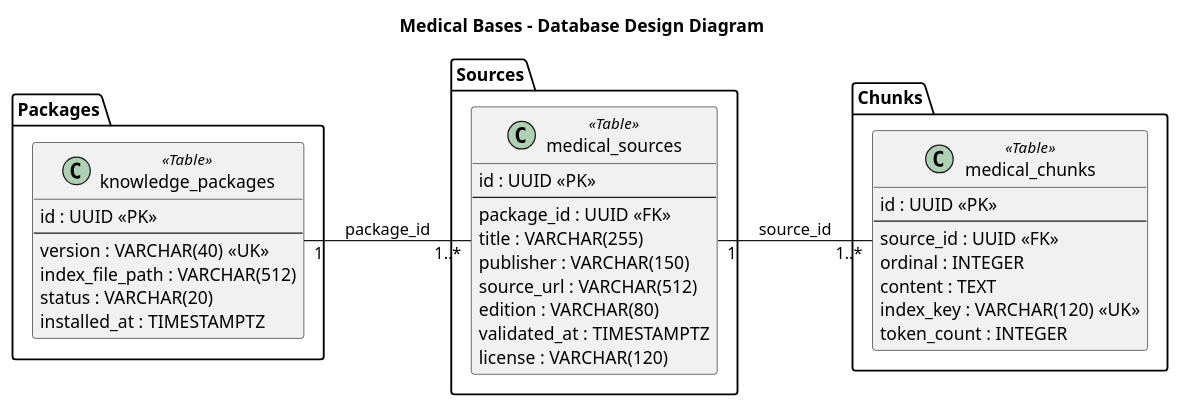
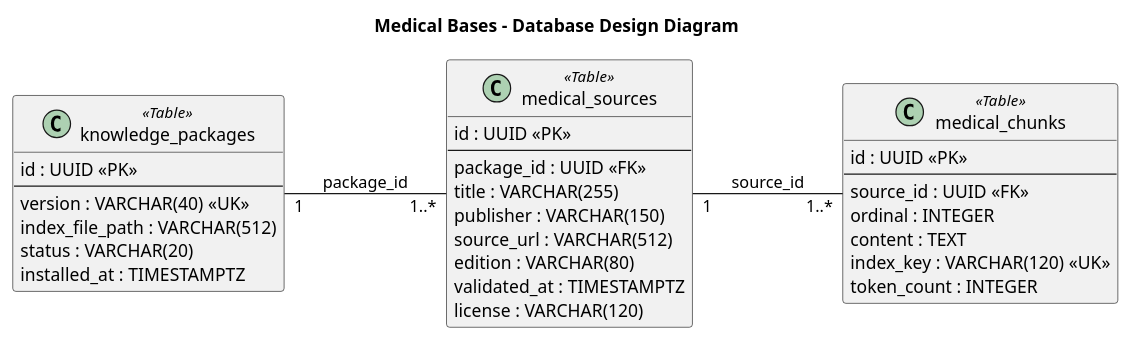
The diagram in public/assets/images/chapter-5/medical-bases-database-design.puml (emergentes-project/Report), drawn with PlantUML before and after one commit. The commit also changed 7 other files, not shown here.

```diff
--- a/public/assets/images/chapter-5/medical-bases-database-design.puml
+++ b/public/assets/images/chapter-5/medical-bases-database-design.puml
@@ -1,48 +1,42 @@
 @startuml
 left to right direction
 hide empty members
 skinparam classAttributeIconSize 0
 skinparam shadowing false
 title Medical Bases - Database Design Diagram
 
-package "Packages" {
   class knowledge_packages <<Table>> {
     id : UUID <<PK>>
     --
     version : VARCHAR(40) <<UK>>
     index_file_path : VARCHAR(512)
     status : VARCHAR(20)
     installed_at : TIMESTAMPTZ
   }
-}
 
-package "Sources" {
   class medical_sources <<Table>> {
     id : UUID <<PK>>
     --
     package_id : UUID <<FK>>
     title : VARCHAR(255)
     publisher : VARCHAR(150)
     source_url : VARCHAR(512)
     edition : VARCHAR(80)
     validated_at : TIMESTAMPTZ
     license : VARCHAR(120)
   }
-}
 
-package "Chunks" {
   class medical_chunks <<Table>> {
     id : UUID <<PK>>
     --
     source_id : UUID <<FK>>
     ordinal : INTEGER
     content : TEXT
     index_key : VARCHAR(120) <<UK>>
     token_count : INTEGER
-  }
 }
 
 knowledge_packages "1" -- "1..*" medical_sources : package_id
 medical_sources "1" -- "1..*" medical_chunks : source_id
 
 @enduml
```
